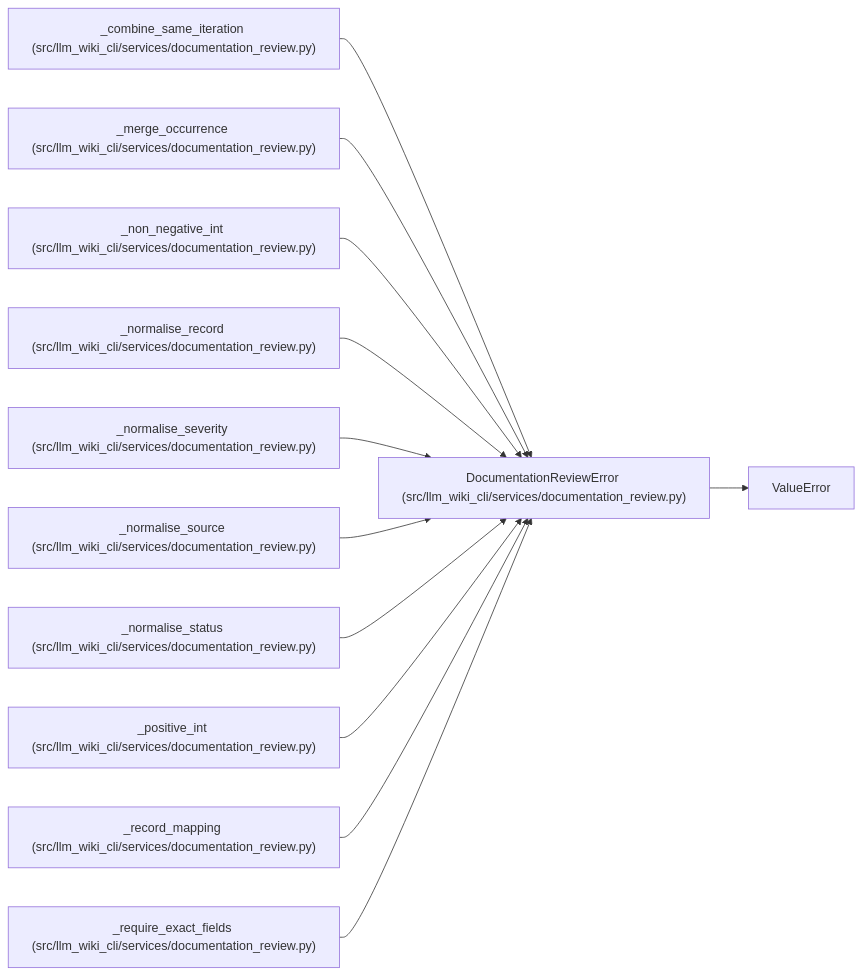
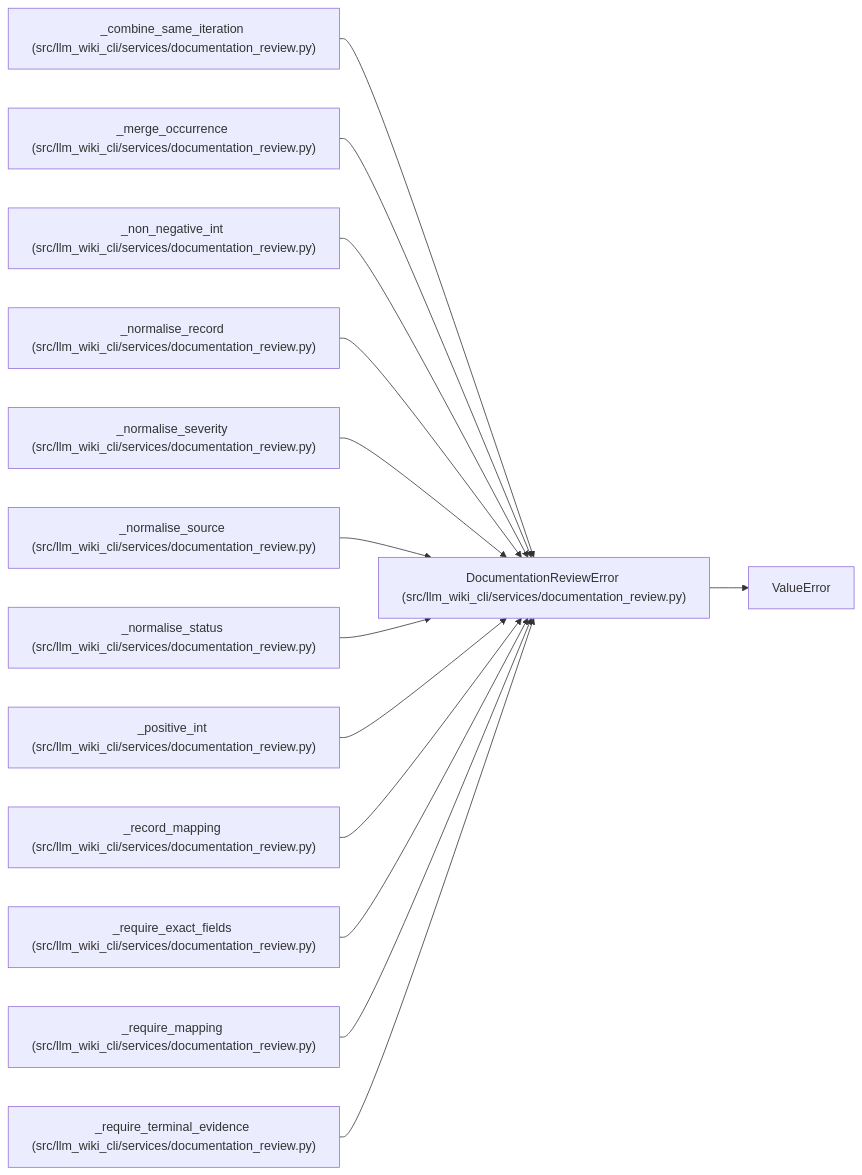
Before and after one commit to Denissvgn/python-wiki-llm: the diagram in docs/llm_wiki/entities/DocumentationReviewError.md, drawn with Mermaid. The commit also changed other lines of this file and 493 other files, not shown here.

````diff
--- a/docs/llm_wiki/entities/DocumentationReviewError.md
+++ b/docs/llm_wiki/entities/DocumentationReviewError.md
@@ -23,37 +23,43 @@
 ```mermaid
 flowchart LR
     n0["DocumentationReviewError (src/llm_wiki_cli/services/documentation_review.py)"]
     n1["ValueError"]
     n2["_combine_same_iteration (src/llm_wiki_cli/services/documentation_review.py)"]
     n3["_merge_occurrence (src/llm_wiki_cli/services/documentation_review.py)"]
     n4["_non_negative_int (src/llm_wiki_cli/services/documentation_review.py)"]
     n5["_normalise_record (src/llm_wiki_cli/services/documentation_review.py)"]
     n6["_normalise_severity (src/llm_wiki_cli/services/documentation_review.py)"]
     n7["_normalise_source (src/llm_wiki_cli/services/documentation_review.py)"]
     n8["_normalise_status (src/llm_wiki_cli/services/documentation_review.py)"]
     n9["_positive_int (src/llm_wiki_cli/services/documentation_review.py)"]
     n10["_record_mapping (src/llm_wiki_cli/services/documentation_review.py)"]
     n11["_require_exact_fields (src/llm_wiki_cli/services/documentation_review.py)"]
+    n12["_require_mapping (src/llm_wiki_cli/services/documentation_review.py)"]
+    n13["_require_terminal_evidence (src/llm_wiki_cli/services/documentation_review.py)"]
     n0 --> n1
     n2 --> n0
     n3 --> n0
     n4 --> n0
     n5 --> n0
     n6 --> n0
     n7 --> n0
     n8 --> n0
     n9 --> n0
     n10 --> n0
     n11 --> n0
+    n12 --> n0
+    n13 --> n0
     click n0 "../modules/documentation_review.md"
     click n2 "../modules/documentation_review.md"
     click n3 "../modules/documentation_review.md"
     click n4 "../modules/documentation_review.md"
     click n5 "../modules/documentation_review.md"
     click n6 "../modules/documentation_review.md"
     click n7 "../modules/documentation_review.md"
     click n8 "../modules/documentation_review.md"
     click n9 "../modules/documentation_review.md"
     click n10 "../modules/documentation_review.md"
     click n11 "../modules/documentation_review.md"
+    click n12 "../modules/documentation_review.md"
+    click n13 "../modules/documentation_review.md"
 ```
````
